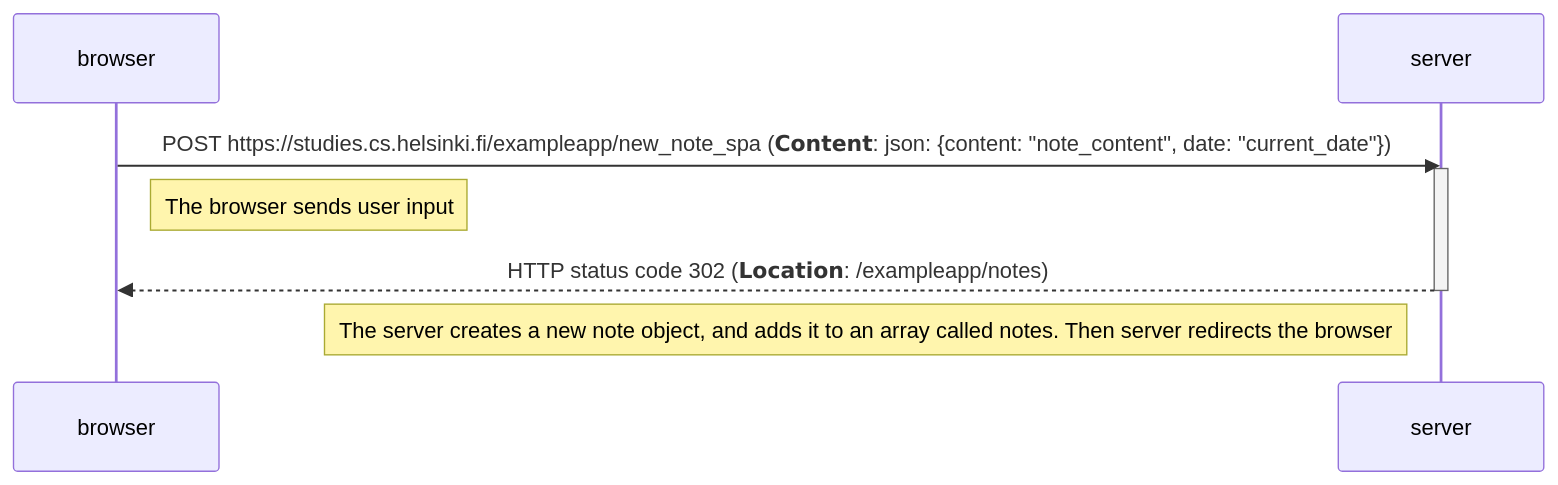
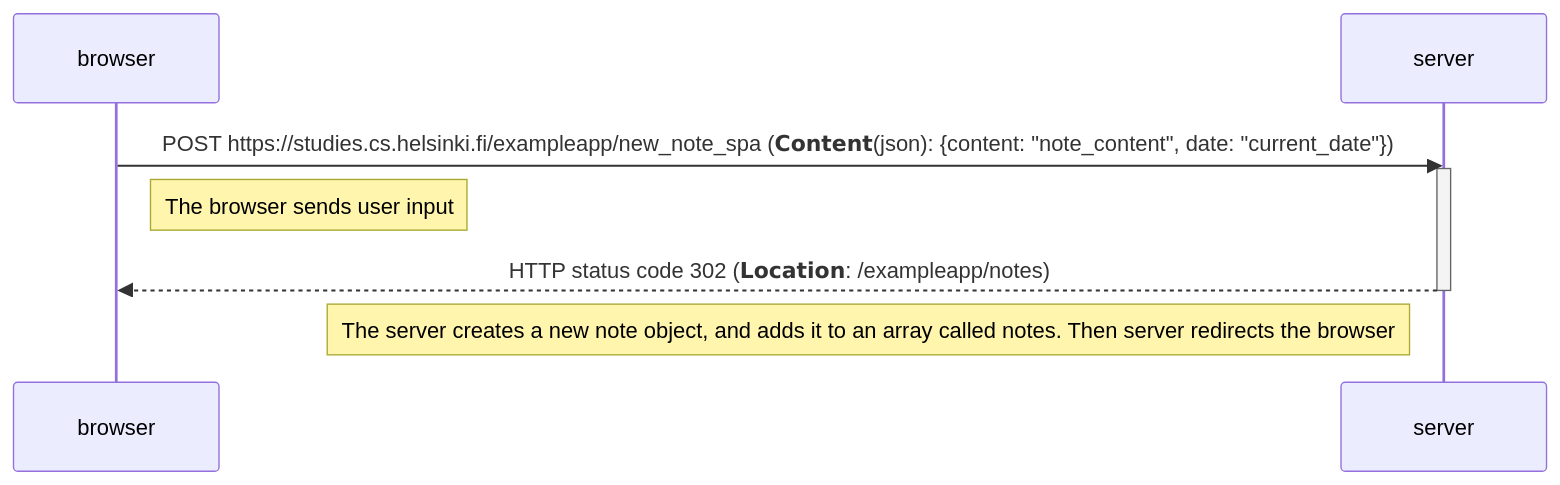
Before and after one commit to Gr701/intro: the diagram in task_0_6.md, drawn with Mermaid.

````diff
--- a/task_0_6.md
+++ b/task_0_6.md
@@ -1,11 +1,11 @@
 ```mermaid
     sequenceDiagram
                 
-        browser->>server: POST https://studies.cs.helsinki.fi/exampleapp/new_note_spa (𝗖𝗼𝗻𝘁𝗲𝗻𝘁: json: {content: "note_content", date: "current_date"})
+        browser->>server: POST https://studies.cs.helsinki.fi/exampleapp/new_note_spa (𝗖𝗼𝗻𝘁𝗲𝗻𝘁(json): {content: "note_content", date: "current_date"})
         activate server
         Note right of browser: The browser sends user input
         server-->>browser: HTTP status code 302 (𝗟𝗼𝗰𝗮𝘁𝗶𝗼𝗻: /exampleapp/notes)
         deactivate server
         Note left of server: The server creates a new note object, and adds it to an array called notes. Then server redirects the browser
                              
 ```
````
